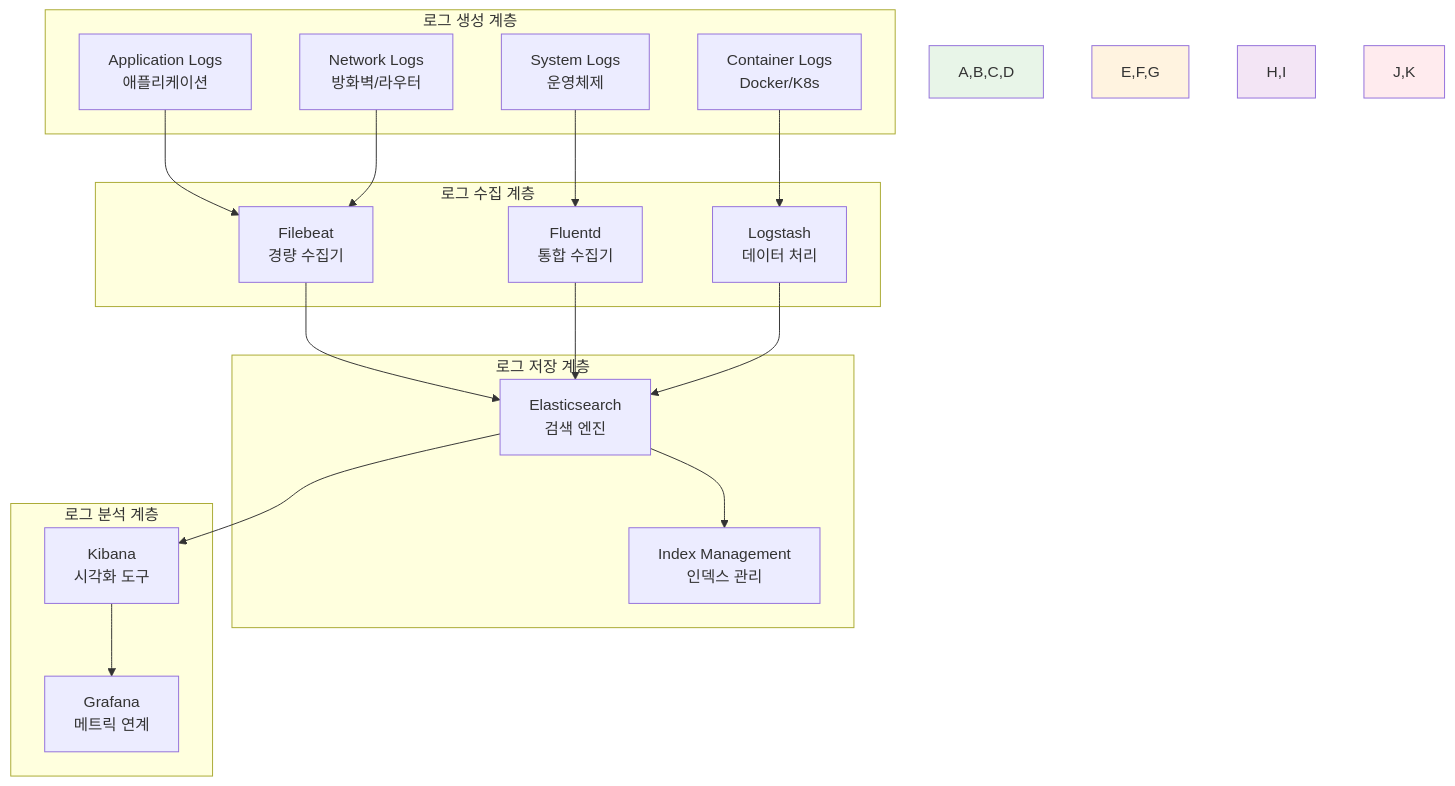
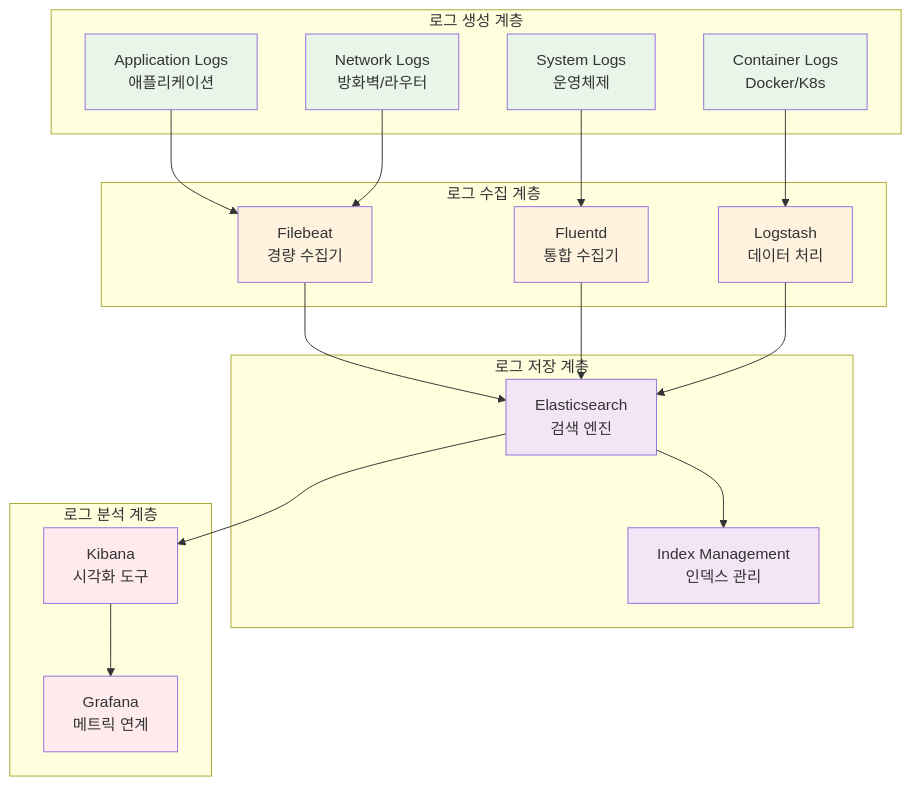
Before and after one commit to niceguy61/kdt_devops_lecture_2025: the second of 4 diagrams in theory/week_02/day3/session_2.md, drawn with Mermaid. The commit also changed 12 other files, not shown here.

Commit message:
mermaid 수정

````diff
--- a/theory/week_02/day3/session_2.md
+++ b/theory/week_02/day3/session_2.md
@@ -53,41 +53,48 @@
 ```mermaid
 graph TB
     subgraph "로그 생성 계층"
         A[Application Logs<br/>애플리케이션]
         B[System Logs<br/>운영체제]
         C[Container Logs<br/>Docker/K8s]
         D[Network Logs<br/>방화벽/라우터]
     end
     
     subgraph "로그 수집 계층"
         E[Filebeat<br/>경량 수집기]
         F[Fluentd<br/>통합 수집기]
         G[Logstash<br/>데이터 처리]
     end
     
     subgraph "로그 저장 계층"
         H[Elasticsearch<br/>검색 엔진]
         I[Index Management<br/>인덱스 관리]
     end
     
     subgraph "로그 분석 계층"
         J[Kibana<br/>시각화 도구]
         K[Grafana<br/>메트릭 연계]
     end
     
     A --> E
     B --> F
     C --> G
     D --> E
     E --> H
     F --> H
     G --> H
     H --> I
     H --> J
     J --> K
     
-    style A,B,C,D fill:#e8f5e8
-    style E,F,G fill:#fff3e0
-    style H,I fill:#f3e5f5
-    style J,K fill:#ffebee
+    style A fill:#e8f5e8
+    style B fill:#e8f5e8
+    style C fill:#e8f5e8
+    style D fill:#e8f5e8
+    style E fill:#fff3e0
+    style F fill:#fff3e0
+    style G fill:#fff3e0
+    style H fill:#f3e5f5
+    style I fill:#f3e5f5
+    style J fill:#ffebee
+    style K fill:#ffebee
 ```
````
